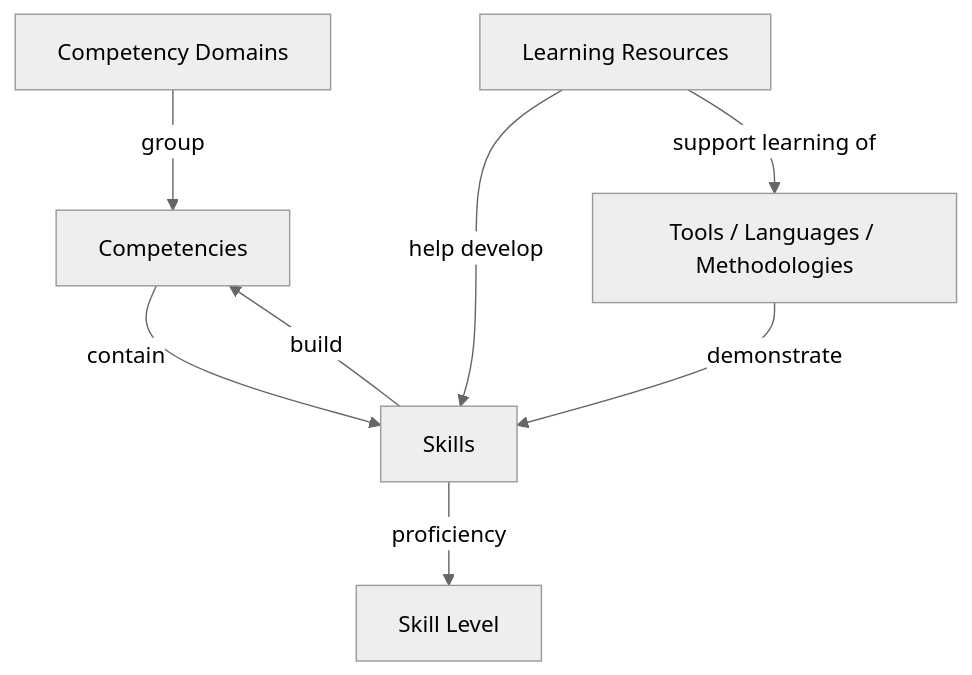
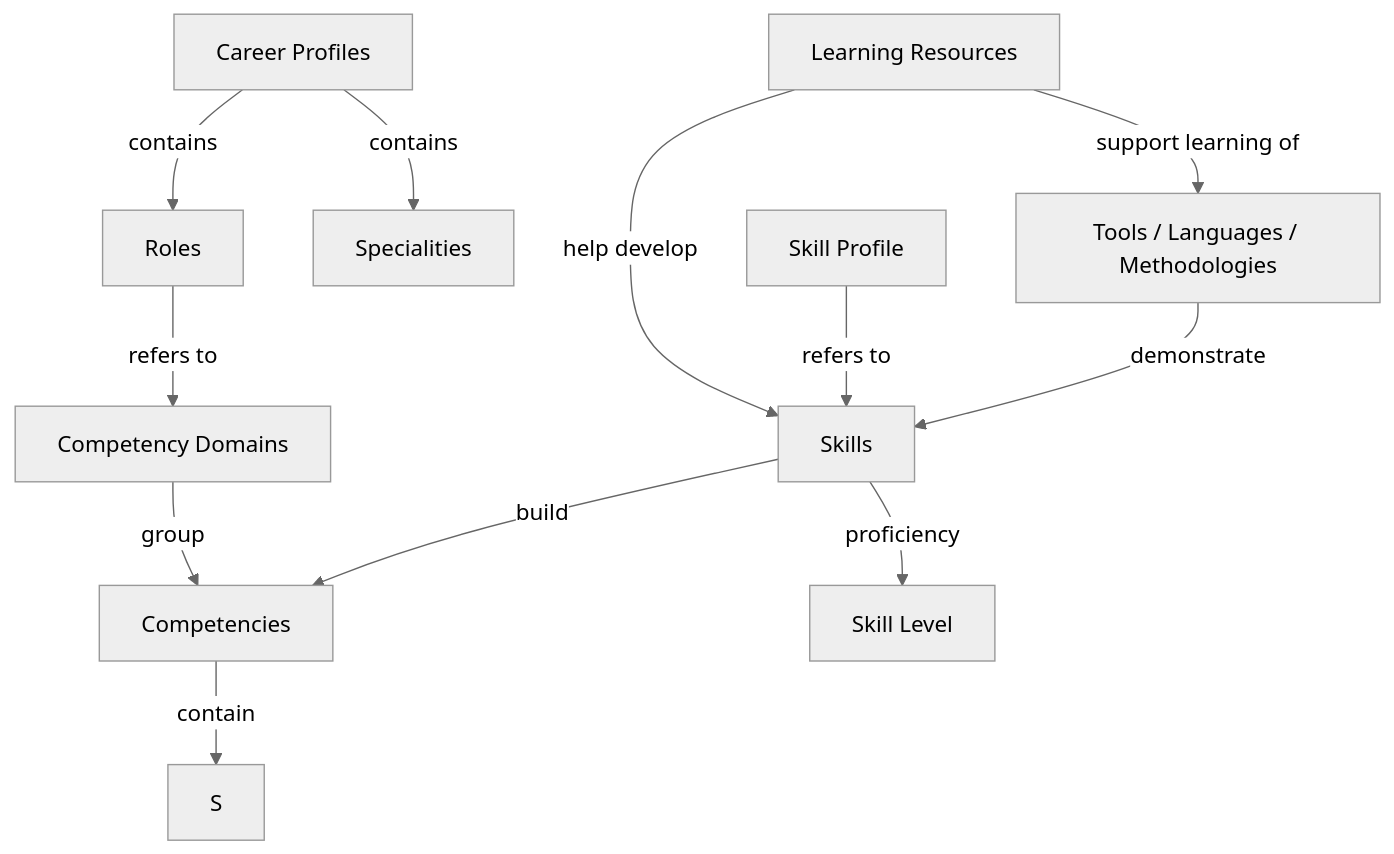
Before and after one commit to direct-framework/digital-research-competencies-framework: the diagram in framework/framework-diagram.md, drawn with Mermaid (neutral theme).

Commit message:
Update framework diagram to include new elements

````diff
--- a/framework/framework-diagram.md
+++ b/framework/framework-diagram.md
@@ -12,17 +12,26 @@
 ```mermaid
 flowchart TD
 CD[Competency Domains]
 C[Competencies]
-S[Skills]
+Sk[Skills]
 SL[Skill Level]
 TLM[Tools / Languages / Methodologies]
 LR[Learning Resources]
+R[Roles]
+Spec[Specialities]
+CP[Career Profiles]
+SP[Skill Profile]
+
 
 CD -- group --> C
 C -- contain --> S
-S -- build --> C
-S -- proficiency --> SL
-TLM -- demonstrate --> S
-LR -- help develop --> S
+Sk -- build --> C
+Sk -- proficiency --> SL
+TLM -- demonstrate --> Sk
+LR -- help develop --> Sk
 LR -- support learning of --> TLM
+CP -- contains --> R
+CP -- contains --> Spec
+R -- refers to --> CD
+SP -- refers to --> Sk
 ```
````
